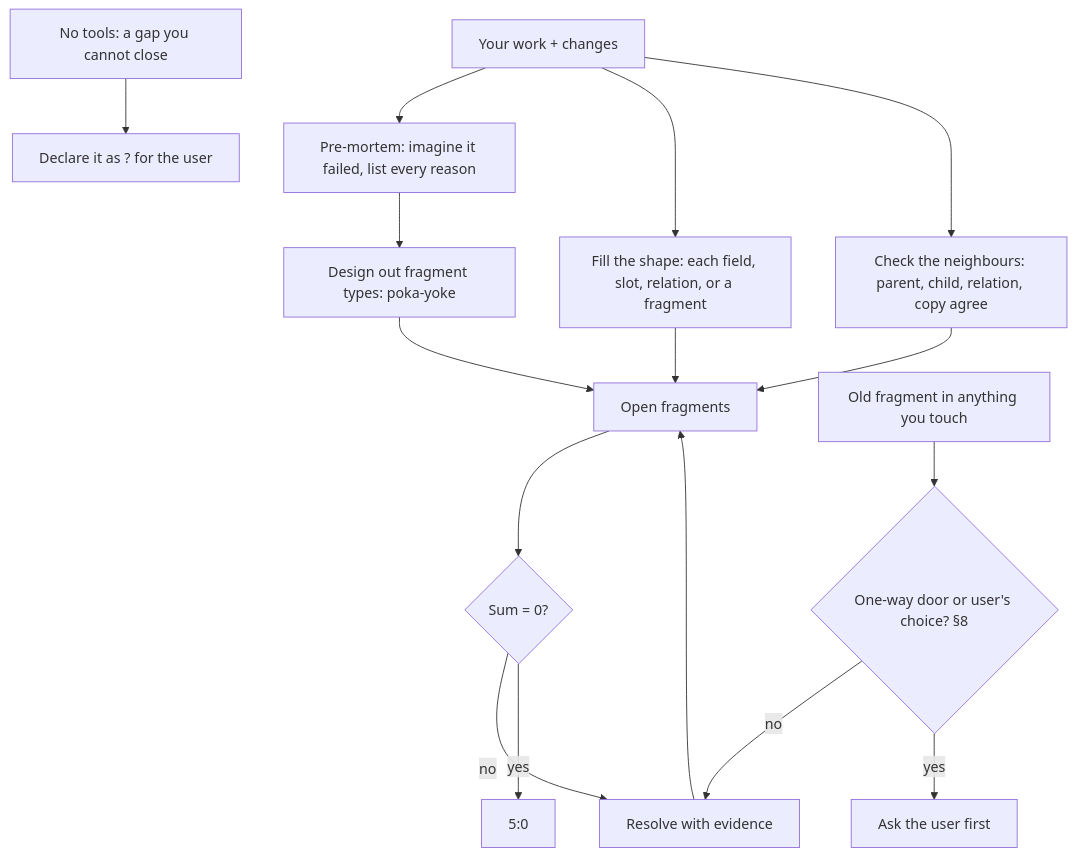
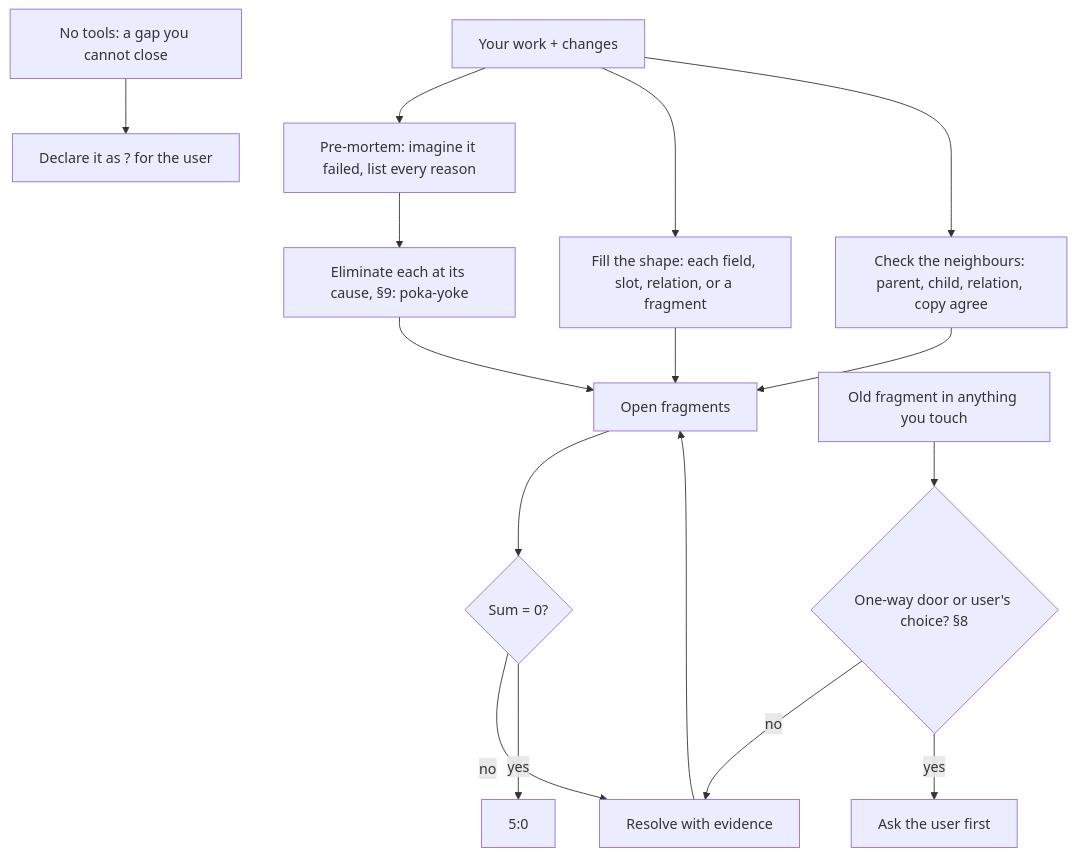
One commit to SolenixAI/arbiter changed the second of 14 diagrams in AGENTS.md. Above: the diagram before and after it, drawn with Mermaid. The commit also changed other lines of this file, not shown here.

Commit message:
docs(agents): section 1: scope is what you edit or rely on; eliminate each failure at its cause

````diff
--- a/AGENTS.md
+++ b/AGENTS.md
@@ -81,12 +83,12 @@
 ```mermaid
 flowchart TD
-  W[Your work + changes] --> PM[Pre-mortem: imagine it failed, list every reason] --> P[Design out fragment types: poka-yoke] --> L[Open fragments] --> C{Sum = 0?}
+  W[Your work + changes] --> PM[Pre-mortem: imagine it failed, list every reason] --> P[Eliminate each at its cause, §9: poka-yoke] --> L[Open fragments] --> C{Sum = 0?}
   C -->|no| F[Resolve with evidence] --> L
   W --> SH[Fill the shape: each field, slot, relation, or a fragment] --> L
   W --> NB[Check the neighbours: parent, child, relation, copy agree] --> L
   C -->|yes| D[5:0]
   O[Old fragment in anything you touch] --> OW{One-way door or user's choice? §8}
   OW -->|no| F
   OW -->|yes| UA[Ask the user first]
   NT[No tools: a gap you cannot close] --> X["Declare it as ? for the user"]
 ```
````
